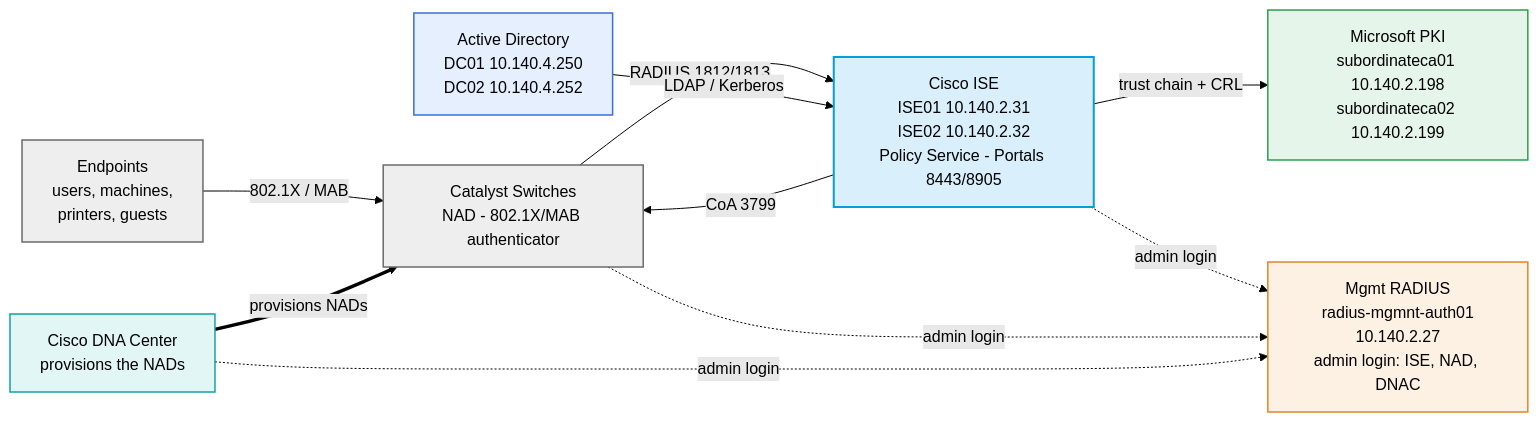
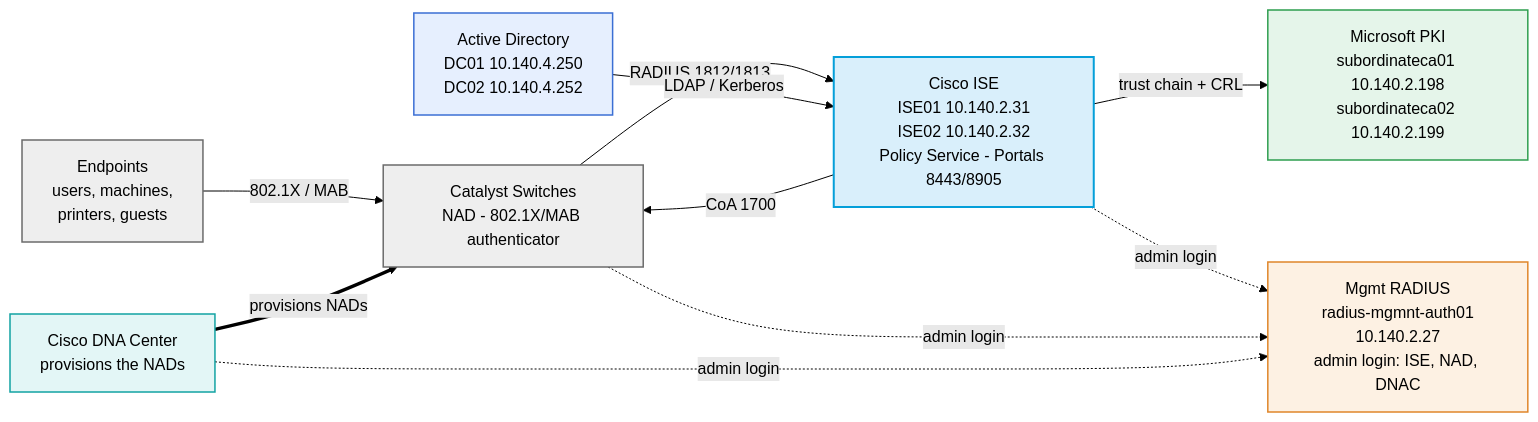
The diagram in 0 - Notes/PBA - NAC - ISE Server.md (dariozheng/Archive_ICT), drawn with Mermaid (forest theme) before and after one commit. The commit also changed other lines of this file and 4 other files, not shown here.

````diff
--- a/0 - Notes/PBA - NAC - ISE Server.md
+++ b/0 - Notes/PBA - NAC - ISE Server.md
@@ -26,33 +28,33 @@
 ```mermaid
 flowchart LR
     EP["Endpoints<br/>users, machines,<br/>printers, guests"]
     SW["Catalyst Switches<br/>NAD - 802.1X/MAB authenticator"]
     ISE["Cisco ISE<br/>ISE01 10.140.2.31<br/>ISE02 10.140.2.32<br/>Policy Service - Portals 8443/8905"]
     MG["Mgmt RADIUS<br/>radius-mgmnt-auth01<br/>10.140.2.27<br/>admin login: ISE, NAD, DNAC"]
     AD["Active Directory<br/>DC01 10.140.4.250<br/>DC02 10.140.4.252"]
     PKI["Microsoft PKI<br/>subordinateca01 10.140.2.198<br/>subordinateca02 10.140.2.199"]
     DNAC["Cisco DNA Center<br/>provisions the NADs"]
 
     EP -->|"802.1X / MAB"| SW
     SW -->|"RADIUS 1812/1813"| ISE
-    ISE -->|"CoA 3799"| SW
+    ISE -->|"CoA 1700"| SW
     AD -->|"LDAP / Kerberos"| ISE
     ISE -->|"trust chain + CRL"| PKI
     DNAC ==>|"provisions NADs"| SW
     ISE -.->|"admin login"| MG
     SW -.->|"admin login"| MG
     DNAC -.->|"admin login"| MG
 
     classDef ise fill:#d9effb,stroke:#049fd9,stroke-width:2px;
     classDef ad fill:#e6effe,stroke:#3b6fd4,stroke-width:1.5px;
     classDef pki fill:#e5f5ea,stroke:#2e9e4f,stroke-width:1.5px;
     classDef dnac fill:#e3f6f6,stroke:#12a3a3,stroke-width:1.5px;
     classDef mg fill:#fdf1e3,stroke:#e0862a,stroke-width:1.5px;
     classDef net fill:#eeeeee,stroke:#6b6b6b,stroke-width:1.5px;
     class ISE ise;
     class AD ad;
     class PKI pki;
     class DNAC dnac;
     class MG mg;
     class SW,EP net;
 ```
````
